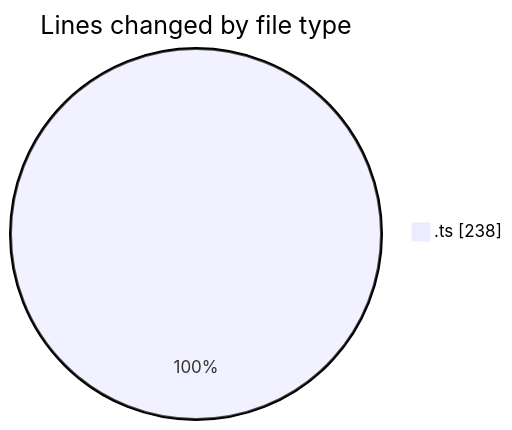
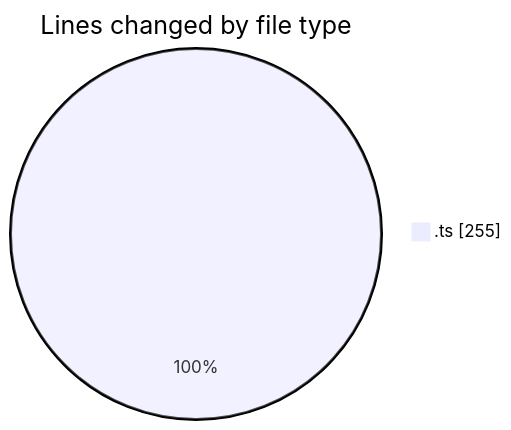
The first of 2 diagrams in 2026-02-09/singularitybrainai/README.md (tmsrecording-cyber/code-tracking), drawn with Mermaid before and after one commit. The commit also changed other lines of this file and 1 other file, not shown here.

````diff
--- a/2026-02-09/singularitybrainai/README.md
+++ b/2026-02-09/singularitybrainai/README.md
@@ -21,5 +21,5 @@
 ```mermaid
 pie showData
 title Lines changed by file type
-".ts" : 238
+".ts" : 255
 ```
````
